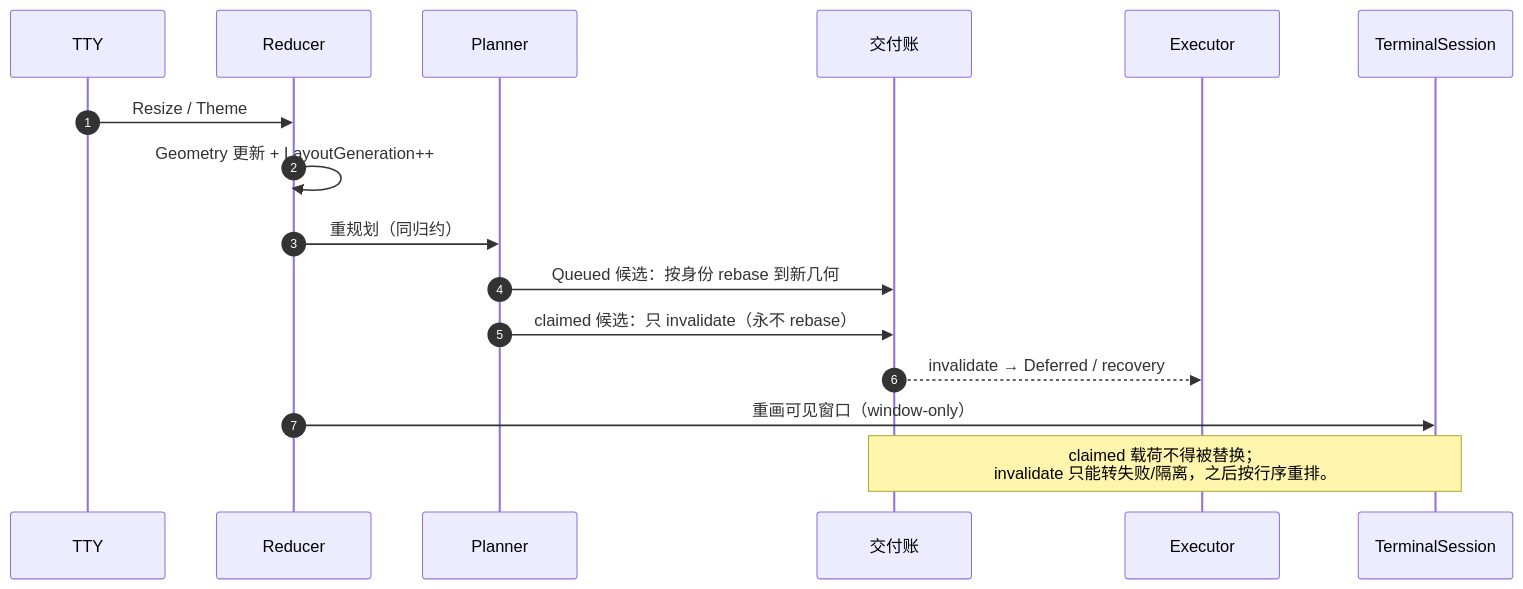
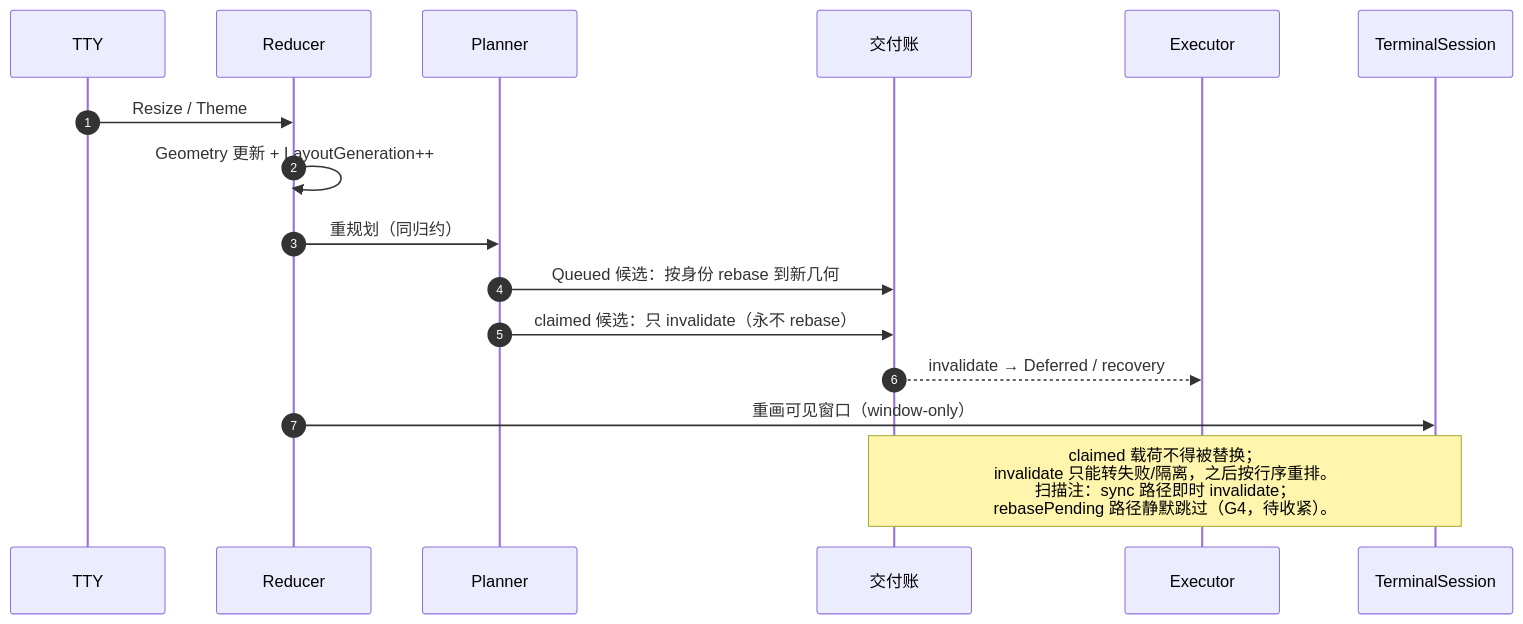
Diagram 13 of 14 in docs/architecture/aicli-tui-renderer-architecture-design.md (wwsheng009/ai-agent-runtime), drawn with Mermaid before and after one commit. The commit also changed other lines of this file, not shown here.

Commit message:
docs(architecture): 审查修正 + 目标架构×现状差距扫描（§7.5 G1-G12）——§4 补登 9 组镜像/降级 P1-3、§8/§9 handoff 缺口注记、§10 区域补登与堆叠细节

````diff
--- a/docs/architecture/aicli-tui-renderer-architecture-design.md
+++ b/docs/architecture/aicli-tui-renderer-architecture-design.md
@@ -629,19 +657,19 @@
 ```mermaid
 sequenceDiagram
     autonumber
     participant TTY as TTY
     participant RD as Reducer
     participant PL as Planner
     participant DC as 交付账
     participant EX as Executor
     participant TS as TerminalSession
 
     TTY->>RD: Resize / Theme
     RD->>RD: Geometry 更新 + LayoutGeneration++
     RD->>PL: 重规划（同归约）
     PL->>DC: Queued 候选：按身份 rebase 到新几何
     PL->>DC: claimed 候选：只 invalidate（永不 rebase）
     DC-->>EX: invalidate → Deferred / recovery
     RD->>TS: 重画可见窗口（window-only）
-    Note over DC,TS: claimed 载荷不得被替换；<br/>invalidate 只能转失败/隔离，之后按行序重排。
+    Note over DC,TS: claimed 载荷不得被替换；<br/>invalidate 只能转失败/隔离，之后按行序重排。<br/>扫描注：sync 路径即时 invalidate；<br/>rebasePending 路径静默跳过（G4，待收紧）。
 ```
````
